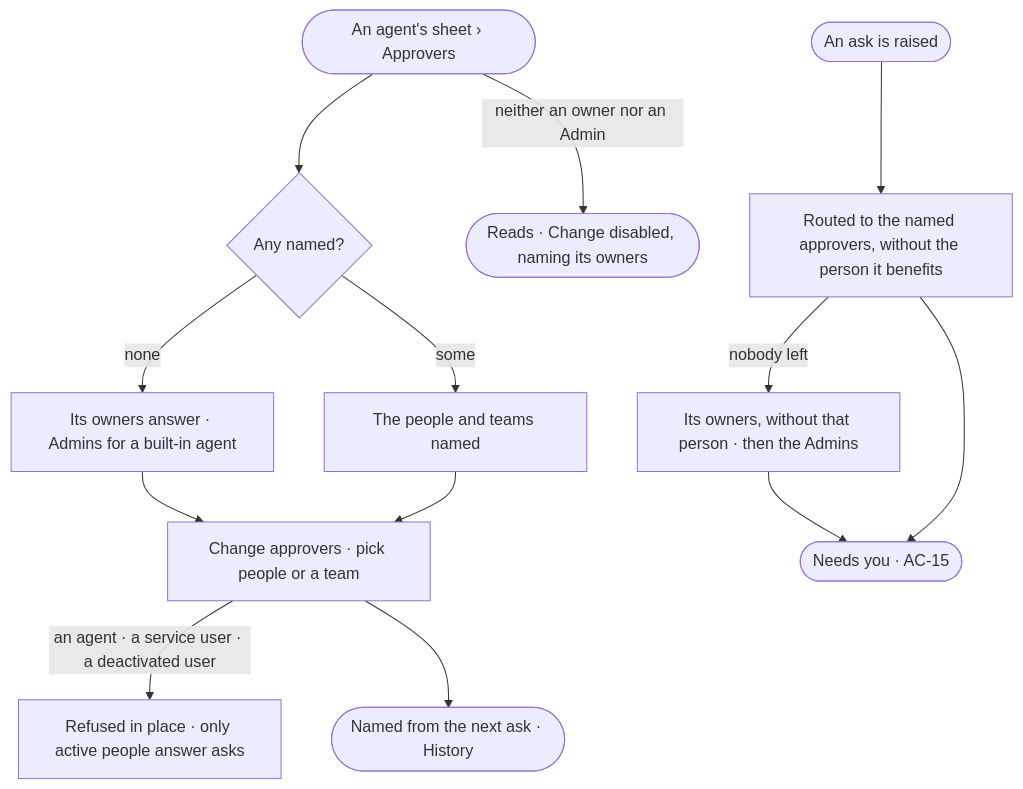
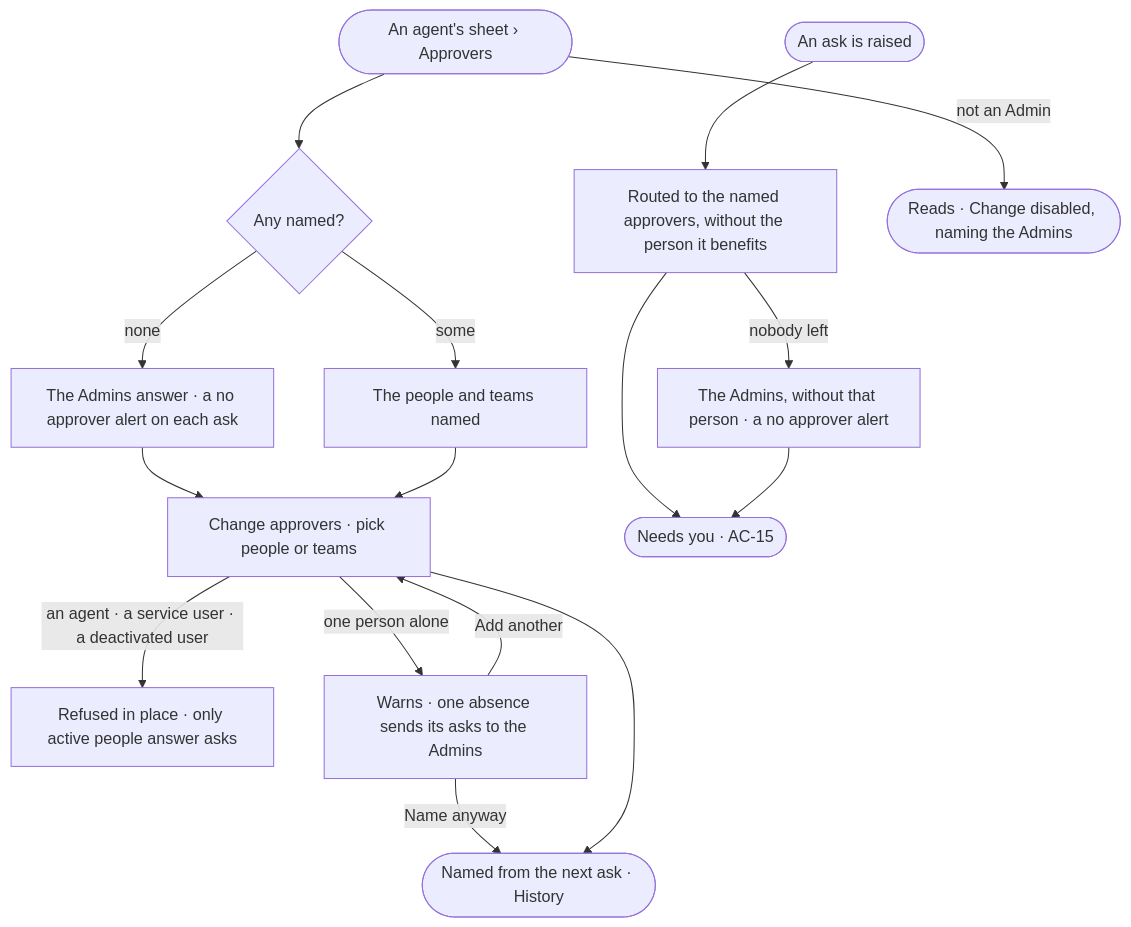
One commit to invana/invana changed the diagram in specs/os/access/features/AC-F05-asks-and-approvals/stories/AC-26-name-who-answers-an-agents-asks/story.md. Above: the diagram before and after it, drawn with Mermaid. The commit also changed other lines of this file and 300 other files, not shown here.

````diff
--- a/specs/os/access/features/AC-F05-asks-and-approvals/stories/AC-26-name-who-answers-an-agents-asks/story.md
+++ b/specs/os/access/features/AC-F05-asks-and-approvals/stories/AC-26-name-who-answers-an-agents-asks/story.md
@@ -26,15 +26,18 @@
 ```mermaid
 flowchart TD
   a([An agent's sheet › Approvers]) --> n{"Any named?"}
-  n -->|none| own["Its owners answer · Admins for a built-in agent"]
+  n -->|none| adm["The Admins answer · a no approver alert on each ask"]
   n -->|some| l["The people and teams named"]
-  own --> ch["Change approvers · pick people or a team"]
+  adm --> ch["Change approvers · pick people or teams"]
   l --> ch
   ch -->|an agent · a service user · a deactivated user| ref["Refused in place · only active people answer asks"]
+  ch -->|one person alone| warn["Warns · one absence sends its asks to the Admins"]
+  warn -->|Name anyway| ok
+  warn -->|Add another| ch
   ch --> ok(["Named from the next ask · History"])
   ask([An ask is raised]) --> rt["Routed to the named approvers, without the person it benefits"]
-  rt -->|nobody left| fb["Its owners, without that person · then the Admins"]
+  rt -->|nobody left| fb["The Admins, without that person · a no approver alert"]
   rt --> inbox(["Needs you · AC-15"])
   fb --> inbox
-  a -->|neither an owner nor an Admin| ro(["Reads · Change disabled, naming its owners"])
+  a -->|not an Admin| ro(["Reads · Change disabled, naming the Admins"])
 ```
````
